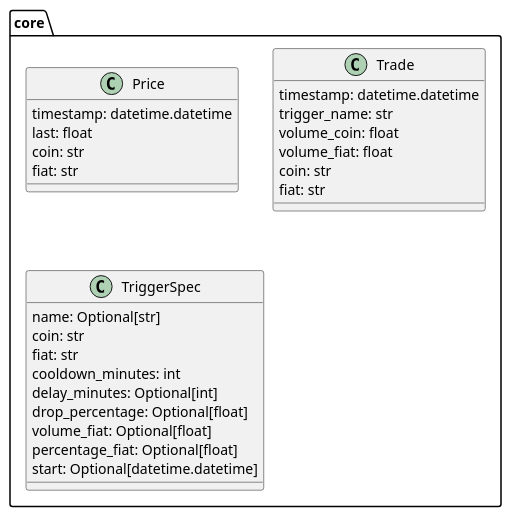
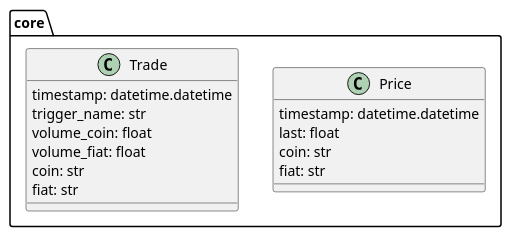
Before and after one commit to martin-ueding/vigilant-crypto-snatch: the diagram in docs/dev/graphs/core.puml, drawn with PlantUML. The commit also changed 1 other file, not shown here.

Commit message:
Move TriggerSpec in diagrams

```diff
--- a/docs/dev/graphs/core.puml
+++ b/docs/dev/graphs/core.puml
@@ -1,35 +1,23 @@
 @startuml
 
 namespace core {
 
 class Price {
     timestamp: datetime.datetime
     last: float
     coin: str
     fiat: str
 }
 
 class Trade {
     timestamp: datetime.datetime
     trigger_name: str
     volume_coin: float
     volume_fiat: float
     coin: str
     fiat: str
 }
 
-class TriggerSpec {
-    name: Optional[str]
-    coin: str
-    fiat: str
-    cooldown_minutes: int
-    delay_minutes: Optional[int]
-    drop_percentage: Optional[float]
-    volume_fiat: Optional[float]
-    percentage_fiat: Optional[float]
-    start: Optional[datetime.datetime]
-}
-
 }
 
 @enduml
```
